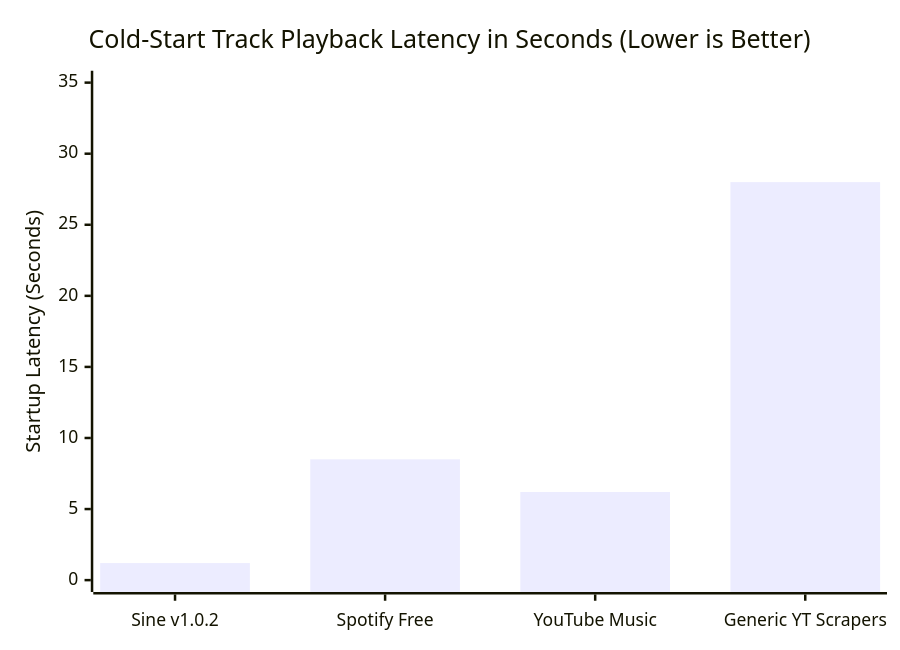
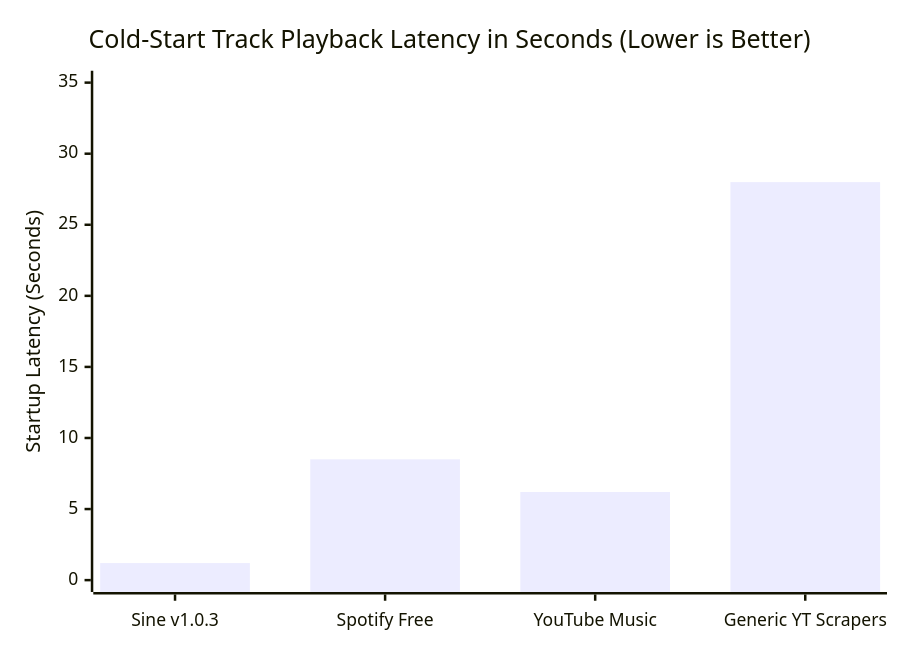
Before and after one commit to taezeem14/PulsePipe: the third of 5 diagrams in README.md, drawn with Mermaid. The commit also changed other lines of this file and 11 other files, not shown here.

````diff
--- a/README.md
+++ b/README.md
@@ -125,7 +125,7 @@
 ```mermaid
 xychart-beta
     title "Cold-Start Track Playback Latency in Seconds (Lower is Better)"
-    x-axis ["Sine v1.0.2", "Spotify Free", "YouTube Music", "Generic YT Scrapers"]
+    x-axis ["Sine v1.0.3", "Spotify Free", "YouTube Music", "Generic YT Scrapers"]
     y-axis "Startup Latency (Seconds)" 0 --> 35
     bar [1.2, 8.5, 6.2, 28.0]
 ```
````
